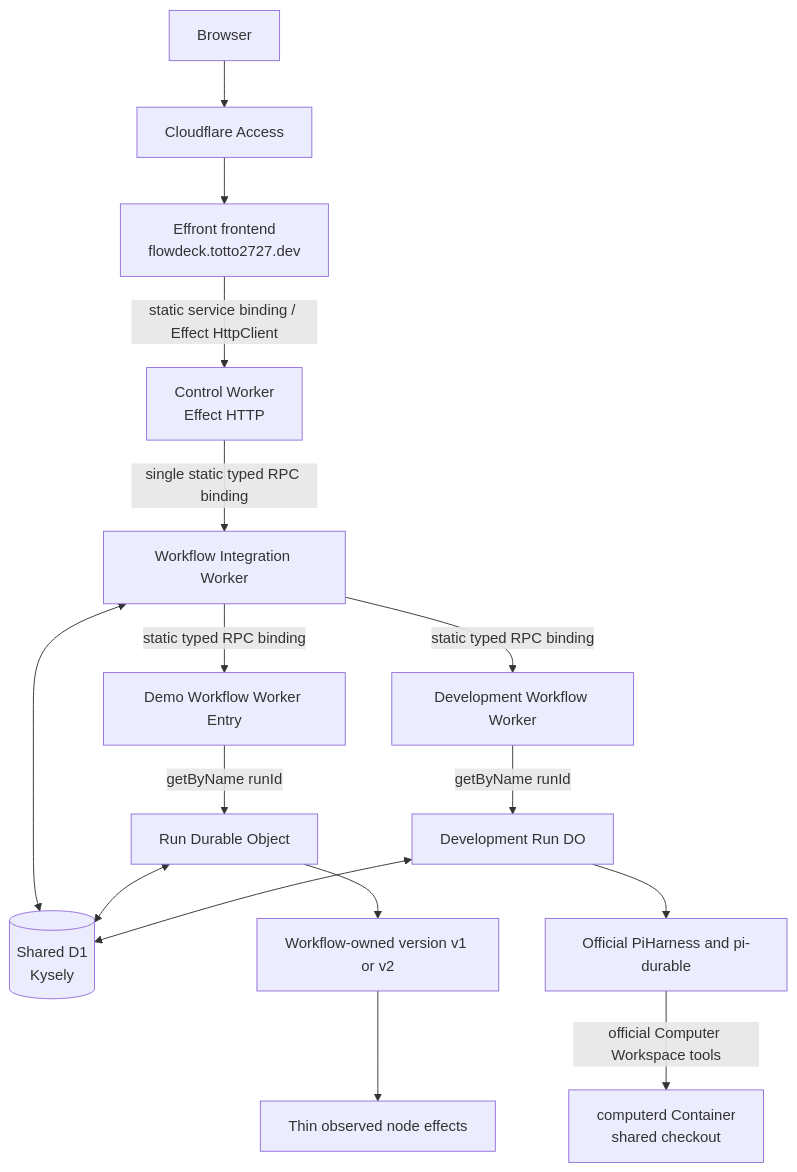
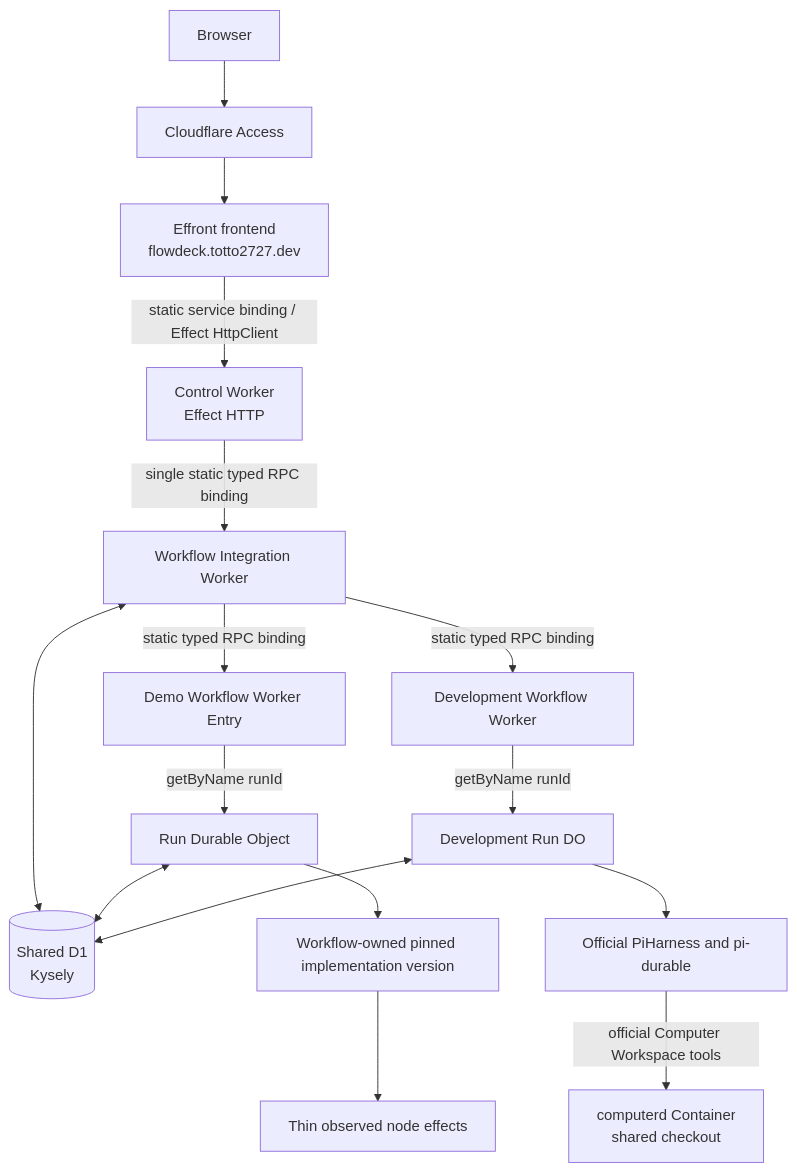
One commit to totto2727-org/flowdeck changed the first of 2 diagrams in docs/architecture.md. Above: the diagram before and after it, drawn with Mermaid. The commit also changed other lines of this file and 46 other files, not shown here.

Commit message:
refactor: isolate workflow domains and component-owned Tailwind styles

````diff
--- a/docs/architecture.md
+++ b/docs/architecture.md
@@ -9,18 +9,18 @@
 ```mermaid
 flowchart TB
   Browser[Browser] --> Access[Cloudflare Access]
   Access --> Web[Effront frontend\nflowdeck.totto2727.dev]
   Web -->|static service binding / Effect HttpClient| API[Control Worker\nEffect HTTP]
   API -->|single static typed RPC binding| Workflow[Workflow Integration Worker]
   Workflow -->|static typed RPC binding| Entry[Demo Workflow Worker Entry]
   Entry -->|getByName runId| Run[Run Durable Object]
   Workflow <--> DB[(Shared D1\nKysely)]
   Run <--> DB
-  Run --> V[Workflow-owned version v1 or v2]
+  Run --> V[Workflow-owned pinned implementation version]
   Workflow -->|static typed RPC binding| Development[Development Workflow Worker]
   Development -->|getByName runId| DevelopmentRun[Development Run DO]
   DevelopmentRun <--> DB
   DevelopmentRun --> Pi[Official PiHarness and pi-durable]
   Pi -->|official Computer Workspace tools| Container[computerd Container\nshared checkout]
   V --> N[Thin observed node effects]
 ```
````
